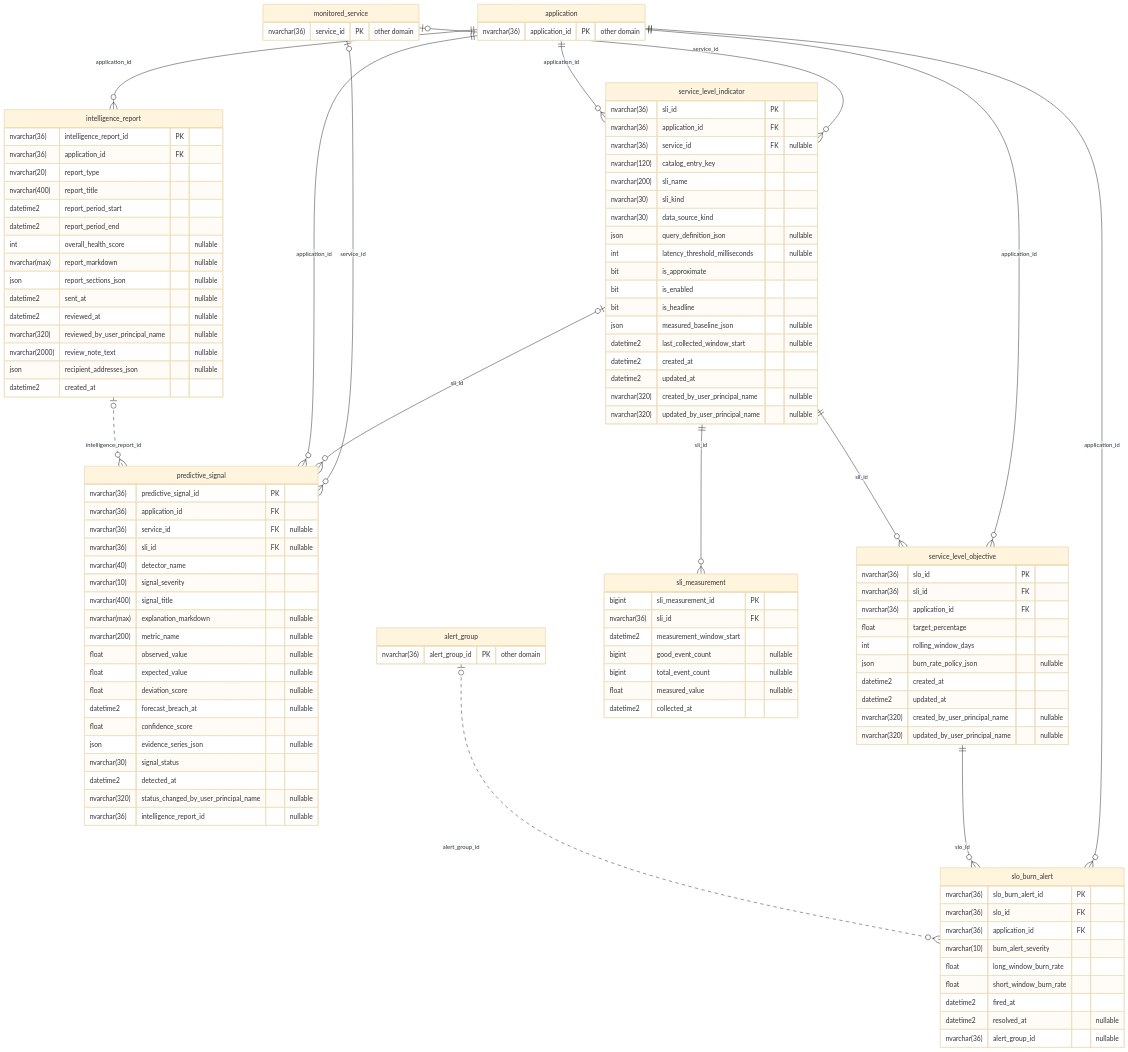
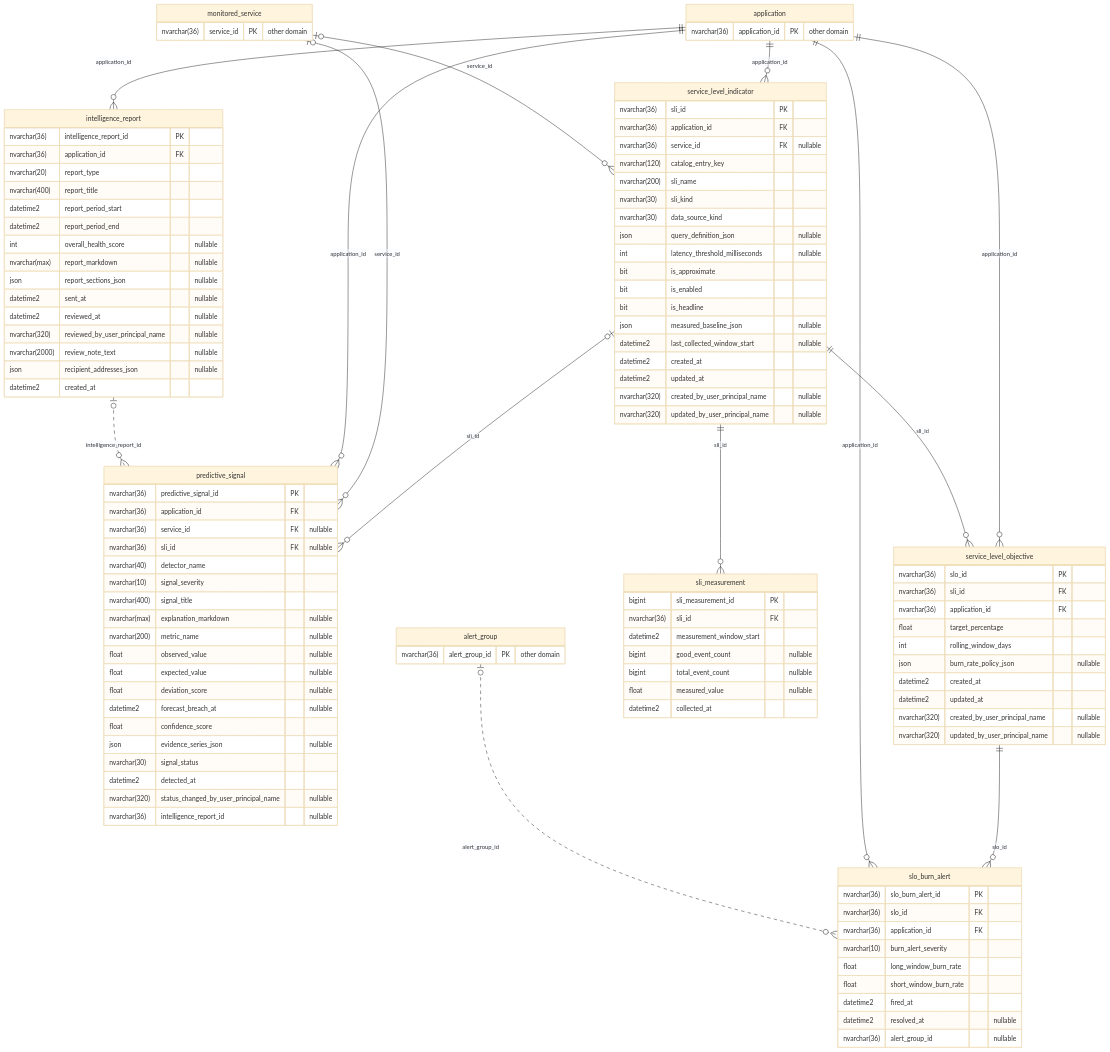
The sixth of 11 diagrams in Keigan/My Plans/architecture/15_ENTITY_RELATIONSHIP_DIAGRAM.md (dilleswar16/Synaptic-Alchemy), drawn with Mermaid (base theme) before and after one commit. The commit also changed other lines of this file and 112 other files, not shown here.

````diff
--- a/Keigan/My Plans/architecture/15_ENTITY_RELATIONSHIP_DIAGRAM.md
+++ b/Keigan/My Plans/architecture/15_ENTITY_RELATIONSHIP_DIAGRAM.md
@@ -1081,16 +1086,16 @@
         nvarchar(36) service_id PK "other domain"
     }
     application ||--o{ intelligence_report : "application_id"
+    application ||--o{ service_level_indicator : "application_id"
     monitored_service |o--o{ service_level_indicator : "service_id"
-    application ||--o{ service_level_indicator : "application_id"
+    service_level_indicator |o--o{ predictive_signal : "sli_id"
     monitored_service |o--o{ predictive_signal : "service_id"
-    service_level_indicator |o--o{ predictive_signal : "sli_id"
     application ||--o{ predictive_signal : "application_id"
     intelligence_report |o..o{ predictive_signal : "intelligence_report_id"
     application ||--o{ service_level_objective : "application_id"
     service_level_indicator ||--o{ service_level_objective : "sli_id"
     service_level_indicator ||--o{ sli_measurement : "sli_id"
+    service_level_objective ||--o{ slo_burn_alert : "slo_id"
     application ||--o{ slo_burn_alert : "application_id"
-    service_level_objective ||--o{ slo_burn_alert : "slo_id"
     alert_group |o..o{ slo_burn_alert : "alert_group_id"
 ```
````
